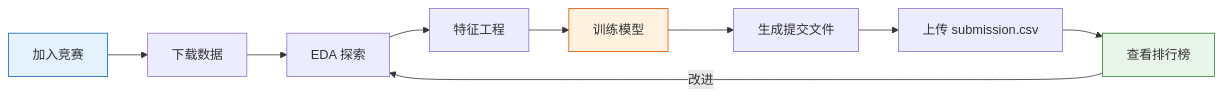
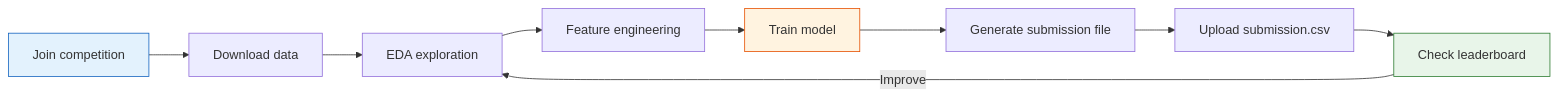
Before and after one commit to oudbiao/AI-fullstack-course: the second of 2 diagrams in docs/ch05-machine-learning/ch06-projects/04-kaggle.md, drawn with Mermaid. The commit also changed other lines of this file and 1406 other files, not shown here.

````diff
--- a/docs/ch05-machine-learning/ch06-projects/04-kaggle.md
+++ b/docs/ch05-machine-learning/ch06-projects/04-kaggle.md
@@ -64,15 +64,15 @@
 ```mermaid
 flowchart LR
-    A["加入竞赛"] --> B["下载数据"]
-    B --> C["EDA 探索"]
-    C --> D["特征工程"]
-    D --> E["训练模型"]
-    E --> F["生成提交文件"]
-    F --> G["上传 submission.csv"]
-    G --> H["查看排行榜"]
-    H --> |"改进"|C
+    A["Join competition"] --> B["Download data"]
+    B --> C["EDA exploration"]
+    C --> D["Feature engineering"]
+    D --> E["Train model"]
+    E --> F["Generate submission file"]
+    F --> G["Upload submission.csv"]
+    G --> H["Check leaderboard"]
+    H --> |"Improve"|C
 
     style A fill:#e3f2fd,stroke:#1565c0,color:#333
     style E fill:#fff3e0,stroke:#e65100,color:#333
     style H fill:#e8f5e9,stroke:#2e7d32,color:#333
 ```
````
